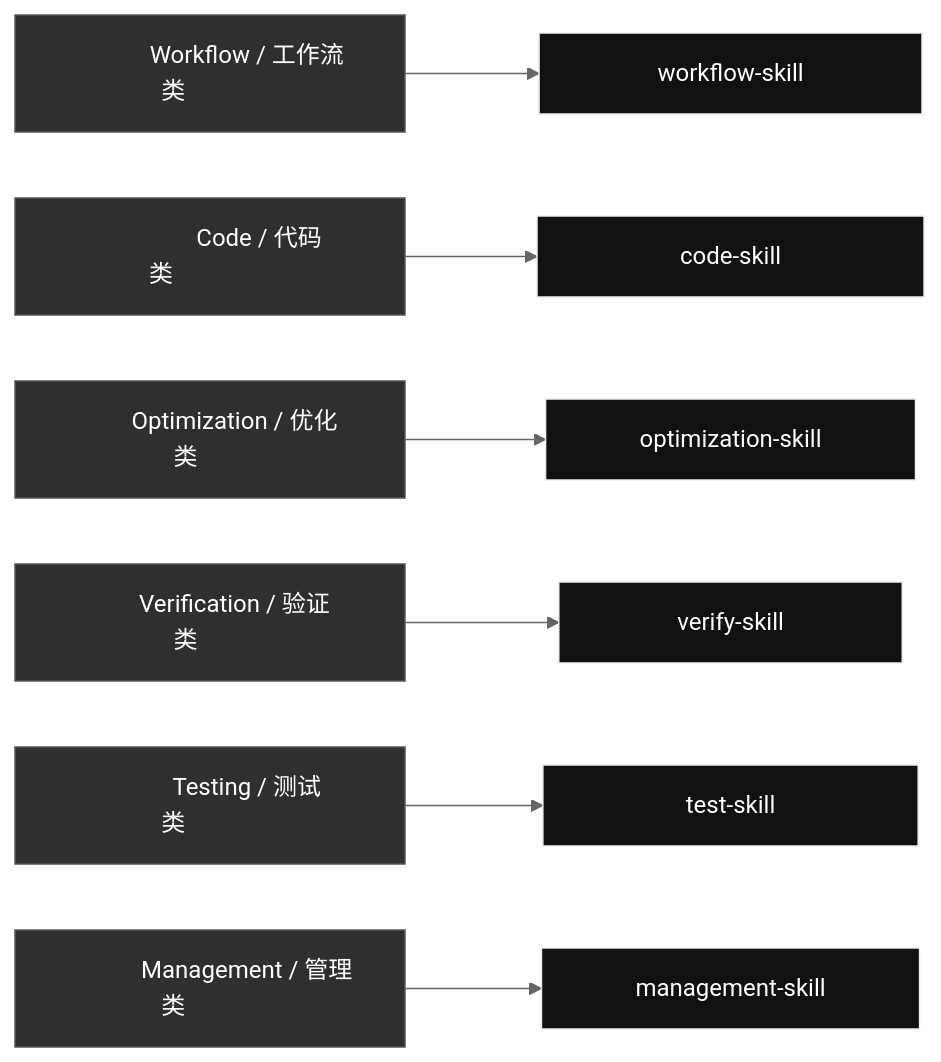
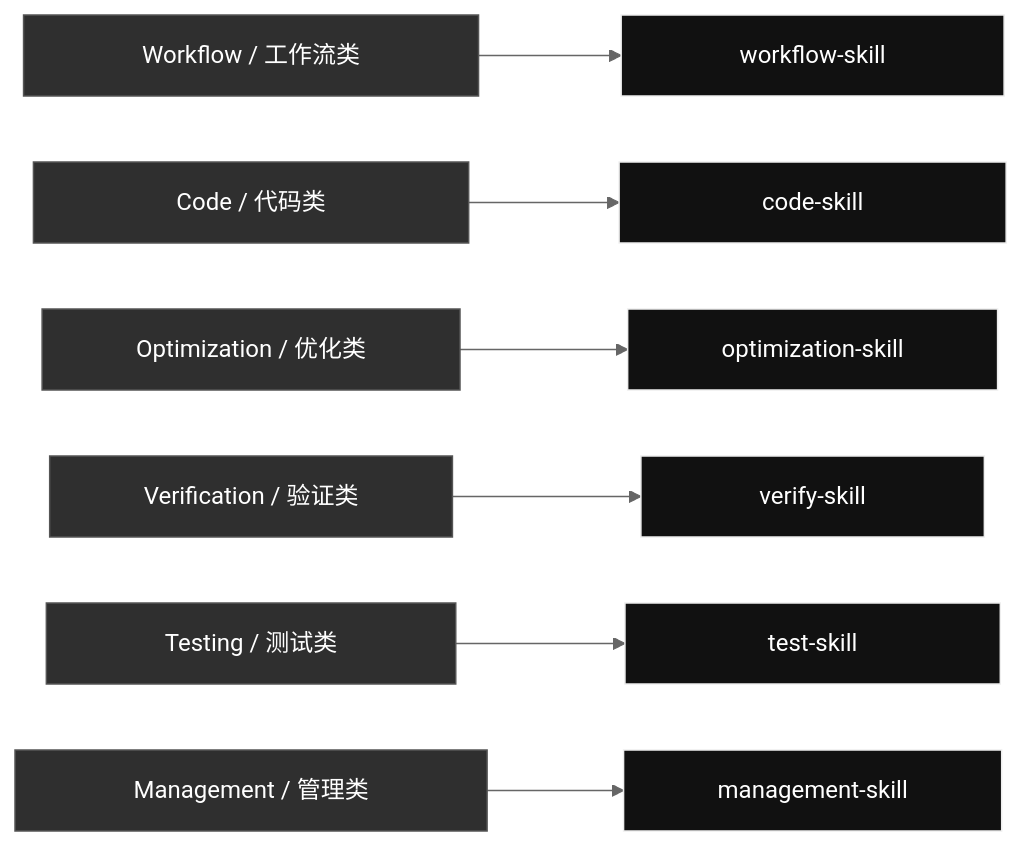
The diagram in README.md (qinbatista/qin-codex-skills), drawn with Mermaid (neutral theme) before and after one commit. The commit also changed 2 other files, not shown here.

Commit message:
Align management skill map sizing

````diff
--- a/README.md
+++ b/README.md
@@ -7,20 +7,20 @@
 ```mermaid
-%%{init: {"flowchart": {"nodeSpacing": 44, "rankSpacing": 88}}}%%
+%%{init: {"flowchart": {"nodeSpacing": 44, "rankSpacing": 88, "wrappingWidth": 340}}}%%
 flowchart LR
   category_Workflow["&emsp;&emsp;&emsp;Workflow / 工作流类&emsp;&emsp;&emsp;"]
   category_Workflow --> skill_workflow_skill["&emsp;&emsp;&emsp;workflow-skill&emsp;&emsp;&emsp;"]
   category_Code["&emsp;&emsp;&emsp;&emsp;Code / 代码类&emsp;&emsp;&emsp;&emsp;"]
   category_Code --> skill_code_skill["&emsp;&emsp;&emsp;&emsp;code-skill&emsp;&emsp;&emsp;&emsp;"]
   category_Optimization["&emsp;&emsp;Optimization / 优化类&emsp;&emsp;"]
   category_Optimization --> skill_optimization_skill["&emsp;&emsp;optimization-skill&emsp;&emsp;"]
   category_Verification["&emsp;&emsp;Verification / 验证类&emsp;&emsp;"]
   category_Verification --> skill_verify_skill["&emsp;&emsp;&emsp;verify-skill&emsp;&emsp;&emsp;"]
   category_Testing["&emsp;&emsp;&emsp;Testing / 测试类&emsp;&emsp;&emsp;"]
   category_Testing --> skill_test_skill["&emsp;&emsp;&emsp;&emsp;test-skill&emsp;&emsp;&emsp;&emsp;"]
   category_Management["&emsp;&emsp;&emsp;Management / 管理类&emsp;&emsp;&emsp;"]
   category_Management --> skill_management_skill["&emsp;&emsp;management-skill&emsp;&emsp;"]
   classDef category fill:#2f2f2f,color:#fff,stroke:#555;
   classDef skill fill:#111,color:#fff,stroke:#eee;
   class category_Workflow,category_Code,category_Optimization,category_Verification,category_Testing,category_Management category;
   class skill_workflow_skill,skill_code_skill,skill_optimization_skill,skill_verify_skill,skill_test_skill,skill_management_skill skill;
 ```
````
